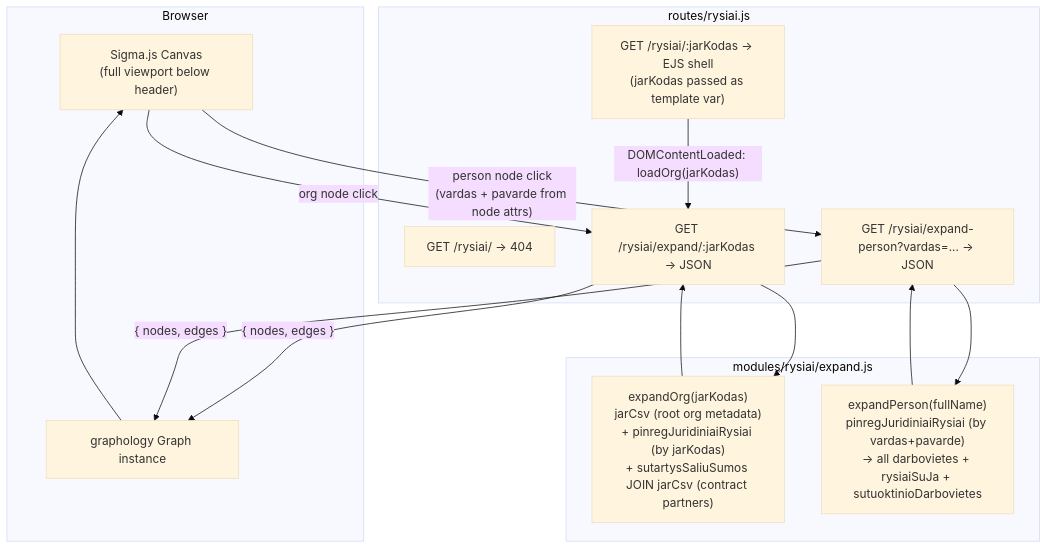
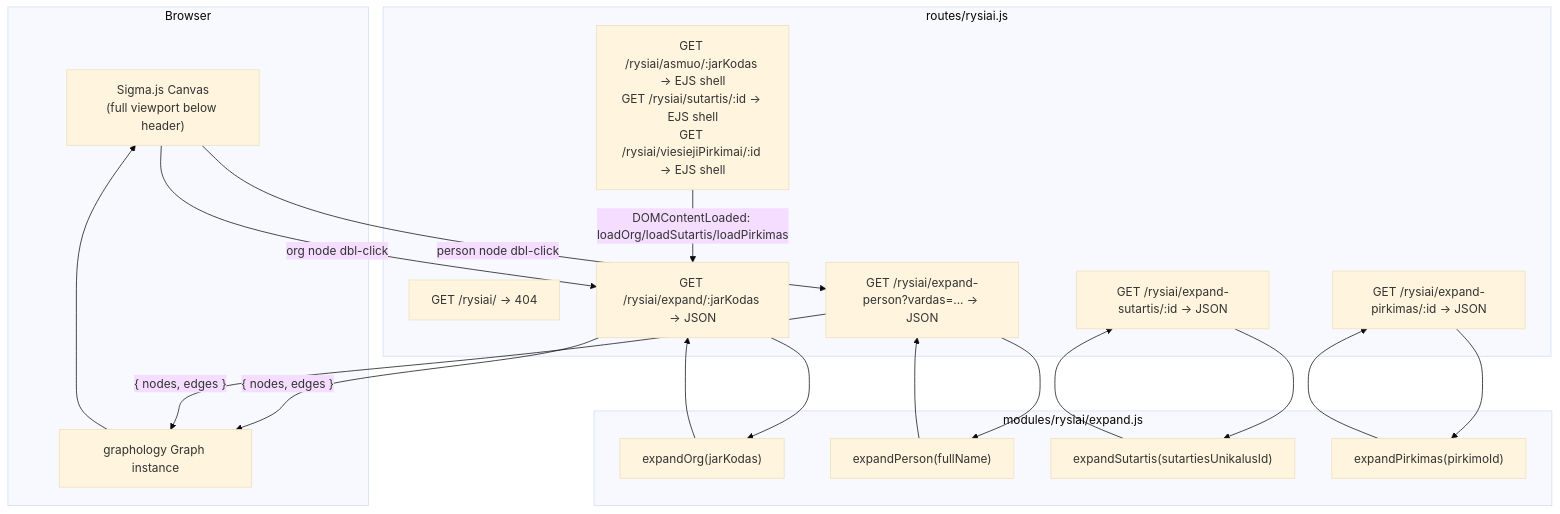
One commit to rimvydasb/viespirkiai changed the second of 4 diagrams in docs/RYSIAI.md. Above: the diagram before and after it, drawn with Mermaid (base theme). The commit also changed other lines of this file, not shown here.

Commit message:
Add typed URL routes for procurement graph and enhance hash state management

````diff
--- a/docs/RYSIAI.md
+++ b/docs/RYSIAI.md
@@ -292,28 +345,34 @@
 ```mermaid
 graph TD
     subgraph Browser
         SigmaCanvas["Sigma.js Canvas\n(full viewport below header)"]
         GraphStore["graphology Graph instance"]
     end
 
     subgraph "routes/rysiai.js"
-        PageRoute["GET /rysiai/:jarKodas → EJS shell\n(jarKodas passed as template var)"]
+        PageRoute["GET /rysiai/asmuo/:jarKodas → EJS shell\nGET /rysiai/sutartis/:id → EJS shell\nGET /rysiai/viesiejiPirkimai/:id → EJS shell"]
         NotFoundRoute["GET /rysiai/ → 404"]
         ExpandOrgAPI["GET /rysiai/expand/:jarKodas → JSON"]
         ExpandPersonAPI["GET /rysiai/expand-person?vardas=... → JSON"]
+        ExpandSutartisAPI["GET /rysiai/expand-sutartis/:id → JSON"]
+        ExpandPirkimasAPI["GET /rysiai/expand-pirkimas/:id → JSON"]
     end
 
     subgraph "modules/rysiai/expand.js"
-        ExpandOrg["expandOrg(jarKodas)\njarCsv (root org metadata)\n+ pinregJuridiniaiRysiai (by jarKodas)\n+ sutartysSaliuSumos JOIN jarCsv (contract partners)"]
-        ExpandPerson["expandPerson(fullName)\npinregJuridiniaiRysiai (by vardas+pavarde)\n→ all darbovietes + rysiaiSuJa + sutuoktinioDarbovietes"]
+        ExpandOrg["expandOrg(jarKodas)"]
+        ExpandPerson["expandPerson(fullName)"]
+        ExpandSutartis["expandSutartis(sutartiesUnikalusId)"]
+        ExpandPirkimas["expandPirkimas(pirkimoId)"]
     end
 
-    PageRoute -->|" DOMContentLoaded: loadOrg(jarKodas) "| ExpandOrgAPI
-    SigmaCanvas -->|" org node click "| ExpandOrgAPI
-    SigmaCanvas -->|" person node click\n(vardas + pavarde from node attrs) "| ExpandPersonAPI
+    PageRoute -->|" DOMContentLoaded: loadOrg/loadSutartis/loadPirkimas "| ExpandOrgAPI
+    SigmaCanvas -->|" org node dbl-click "| ExpandOrgAPI
+    SigmaCanvas -->|" person node dbl-click "| ExpandPersonAPI
     ExpandOrgAPI --> ExpandOrg --> ExpandOrgAPI
     ExpandPersonAPI --> ExpandPerson --> ExpandPersonAPI
+    ExpandSutartisAPI --> ExpandSutartis --> ExpandSutartisAPI
+    ExpandPirkimasAPI --> ExpandPirkimas --> ExpandPirkimasAPI
     ExpandOrgAPI -->|" { nodes, edges } "| GraphStore
     ExpandPersonAPI -->|" { nodes, edges } "| GraphStore
     GraphStore --> SigmaCanvas
 ```
````
